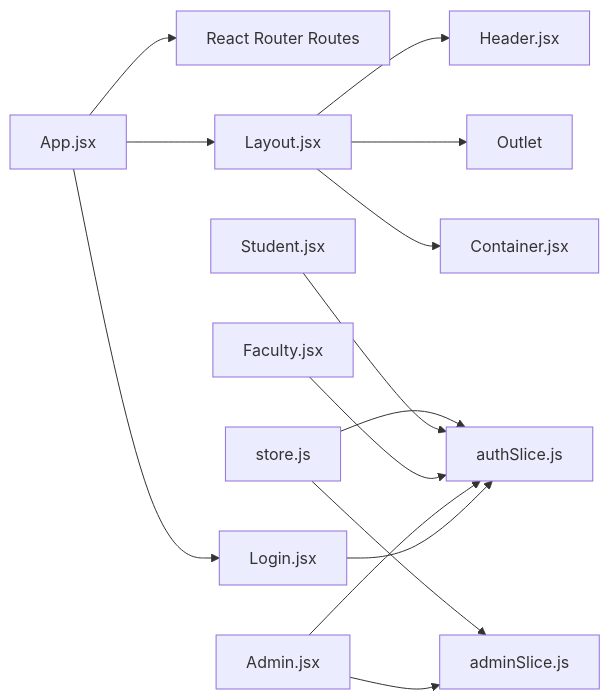
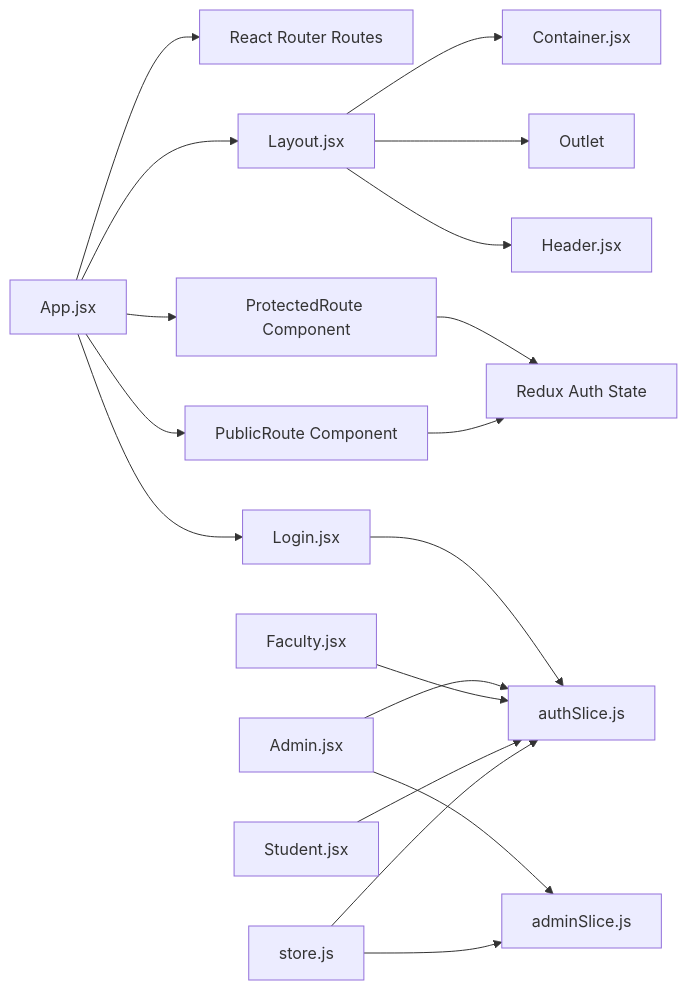
Diagram 12 of 12 in .qoder/repowiki/en/content/Frontend Architecture/Routing System & Navigation.md (Aryan9060/Timetable-Project), drawn with Mermaid before and after one commit. The commit also changed other lines of this file and 7 other files, not shown here.

````diff
--- a/.qoder/repowiki/en/content/Frontend Architecture/Routing System & Navigation.md
+++ b/.qoder/repowiki/en/content/Frontend Architecture/Routing System & Navigation.md
@@ -373,16 +566,20 @@
 ```mermaid
 graph LR
 App["App.jsx"] --> Routes["React Router Routes"]
+App --> ProtectedRoute["ProtectedRoute Component"]
+App --> PublicRoute["PublicRoute Component"]
 App --> Login["Login.jsx"]
 App --> Layout["Layout.jsx"]
+ProtectedRoute --> AuthState["Redux Auth State"]
+PublicRoute --> AuthState
 Layout --> Header["Header.jsx"]
 Layout --> Outlet["Outlet"]
 Layout --> Container["Container.jsx"]
 Login --> AuthSlice["authSlice.js"]
 Admin["Admin.jsx"] --> AuthSlice
 Faculty["Faculty.jsx"] --> AuthSlice
 Student["Student.jsx"] --> AuthSlice
 Admin --> AdminSlice["adminSlice.js"]
 Store["store.js"] --> AuthSlice
 Store --> AdminSlice
 ```
````
